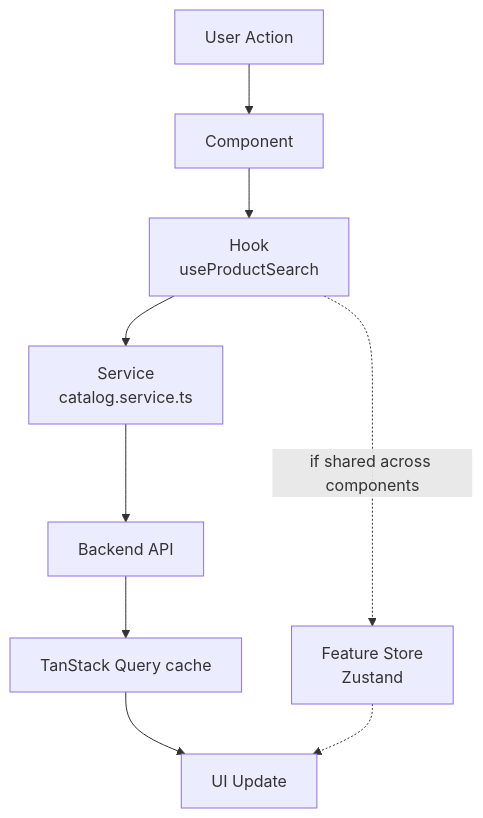
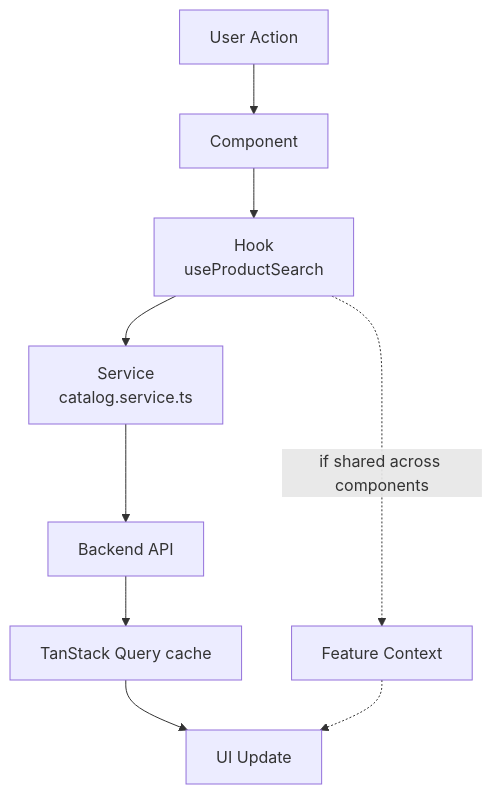
One commit to DucTrung611/Vibecode-SmartMart changed the second of 3 diagrams in 02-frontend-nextjs/docs/ARCHITECTURE-FRONTEND.md. Above: the diagram before and after it, drawn with Mermaid. The commit also changed other lines of this file and 1 other file, not shown here.

Commit message:
docs(frontend): document fetch/Context/proxy.ts stack decisions

````diff
--- a/02-frontend-nextjs/docs/ARCHITECTURE-FRONTEND.md
+++ b/02-frontend-nextjs/docs/ARCHITECTURE-FRONTEND.md
@@ -97,11 +100,11 @@
 ```mermaid
 flowchart TD
     A[User Action] --> B[Component]
     B --> C[Hook<br/>useProductSearch]
     C --> D[Service<br/>catalog.service.ts]
     D --> E[Backend API]
-    C -.->|if shared across components| F[Feature Store<br/>Zustand]
+    C -.->|if shared across components| F[Feature Context]
     E --> G[TanStack Query cache]
     G --> H[UI Update]
     F -.-> H
 ```
````
